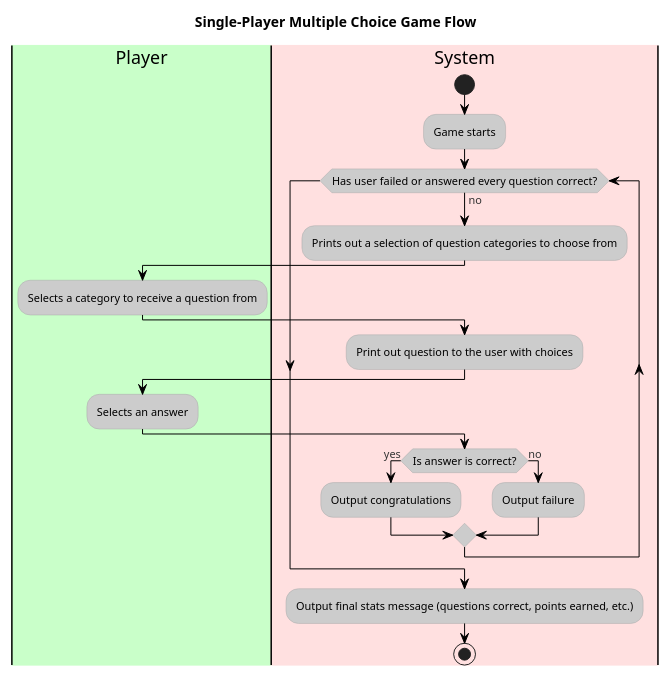
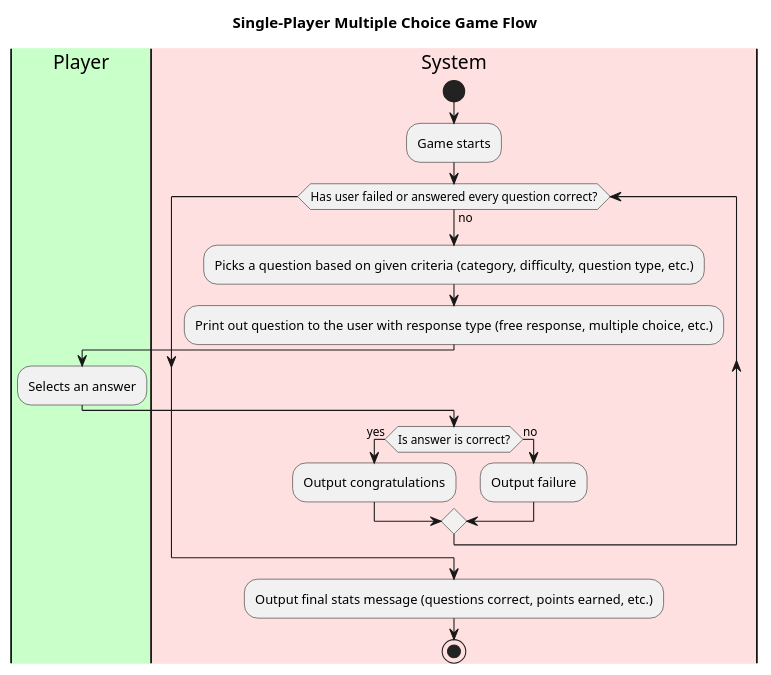
One commit to aczar09/Trivia-Game-Android changed the first of 2 diagrams in doc/use-cases/use-cases-brief.md. Above: the diagram before and after it, drawn with PlantUML. The commit also changed other lines of this file, not shown here.

Commit message:
Updated UML diagrams

````diff
--- a/doc/use-cases/use-cases-brief.md
+++ b/doc/use-cases/use-cases-brief.md
@@ -93,32 +92,29 @@
 ```plantuml
 @startuml
-!theme reddress-lightred
+
 scale max 600 height
 title Single-Player Multiple Choice Game Flow
 'define swimlanes
 |#technology|Player|
 |#implementation|System|
 |System|
 start
 :Game starts;
 while(Has user failed or answered every question correct?) is (no)
-:Prints out a selection of question categories to choose from;
-|Player|
-:Selects a category to receive a question from;
-|System|
-:Print out question to the user with choices;
+:Picks a question based on given criteria (category, difficulty, question type, etc.);
+:Print out question to the user with response type (free response, multiple choice, etc.);
 |Player|
 :Selects an answer;
 |System|
 if (Is answer is correct?) then (yes)
 :Output congratulations;
 else (no)
 :Output failure;
 endif
 endwhile
 :Output final stats message (questions correct, points earned, etc.);
 Stop
 
 @enduml
 
 ```
````
